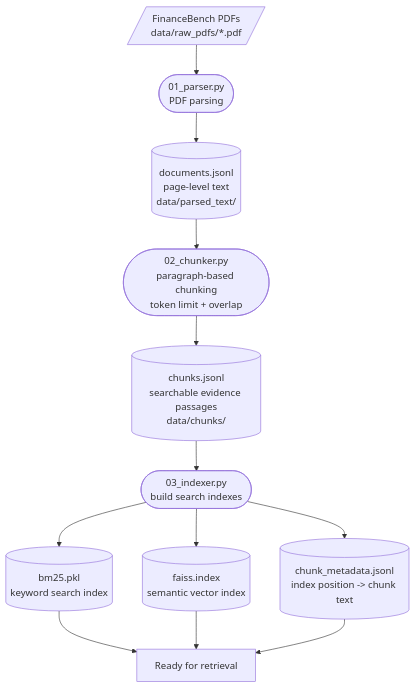
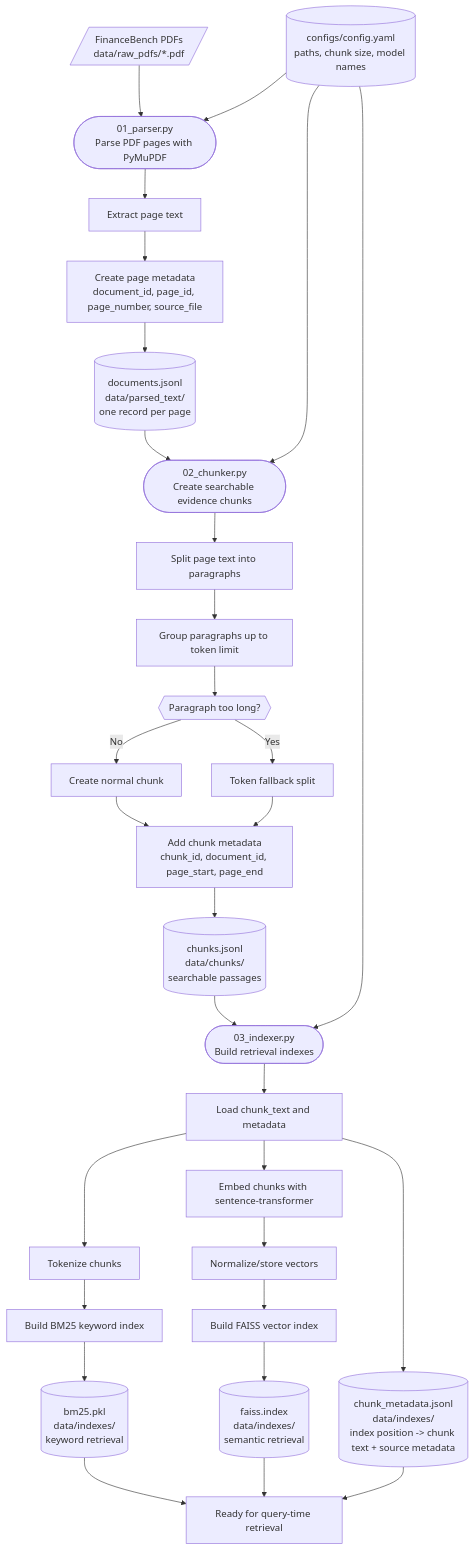
Before and after one commit to RegNLP/FinanceRAG-mini: the first of 3 diagrams in README.md, drawn with Mermaid. The commit also changed other lines of this file, not shown here.

````diff
--- a/README.md
+++ b/README.md
@@ -27,20 +97,43 @@
 ```mermaid
 flowchart TD
-    A[/FinanceBench PDFs<br/>data/raw_pdfs/*.pdf/] --> B([01_parser.py<br/>PDF parsing])
+    %% Inputs
+    A[/FinanceBench PDFs<br/>data/raw_pdfs/*.pdf/] --> B([01_parser.py<br/>Parse PDF pages with PyMuPDF])
+    CFG[(configs/config.yaml<br/>paths, chunk size, model names)] --> B
 
-    B --> C[(documents.jsonl<br/>page-level text<br/>data/parsed_text/)]
+    %% Parsing
+    B --> B1[Extract page text]
+    B1 --> B2[Create page metadata<br/>document_id, page_id, page_number, source_file]
+    B2 --> C[(documents.jsonl<br/>data/parsed_text/<br/>one record per page)]
 
-    C --> D([02_chunker.py<br/>paragraph-based chunking<br/>token limit + overlap])
+    %% Chunking
+    C --> D([02_chunker.py<br/>Create searchable evidence chunks])
+    CFG --> D
+    D --> D1[Split page text into paragraphs]
+    D1 --> D2[Group paragraphs up to token limit]
+    D2 --> D3{{Paragraph too long?}}
+    D3 -->|No| D4[Create normal chunk]
+    D3 -->|Yes| D5[Token fallback split]
+    D4 --> D6[Add chunk metadata<br/>chunk_id, document_id, page_start, page_end]
+    D5 --> D6
+    D6 --> E[(chunks.jsonl<br/>data/chunks/<br/>searchable passages)]
 
-    D --> E[(chunks.jsonl<br/>searchable evidence passages<br/>data/chunks/)]
+    %% Indexing
+    E --> F([03_indexer.py<br/>Build retrieval indexes])
+    CFG --> F
+    F --> F1[Load chunk_text and metadata]
 
-    E --> F([03_indexer.py<br/>build search indexes])
+    F1 --> G1[Tokenize chunks]
+    G1 --> G2[Build BM25 keyword index]
+    G2 --> G[(bm25.pkl<br/>data/indexes/<br/>keyword retrieval)]
 
-    F --> G[(bm25.pkl<br/>keyword search index)]
-    F --> H[(faiss.index<br/>semantic vector index)]
-    F --> I[(chunk_metadata.jsonl<br/>index position -> chunk text)]
+    F1 --> H1[Embed chunks with sentence-transformer]
+    H1 --> H2[Normalize/store vectors]
+    H2 --> H3[Build FAISS vector index]
+    H3 --> H[(faiss.index<br/>data/indexes/<br/>semantic retrieval)]
 
-    G --> J[Ready for retrieval]
+    F1 --> I[(chunk_metadata.jsonl<br/>data/indexes/<br/>index position -> chunk text + source metadata)]
+
+    G --> J[Ready for query-time retrieval]
     H --> J
     I --> J
 ```
````
